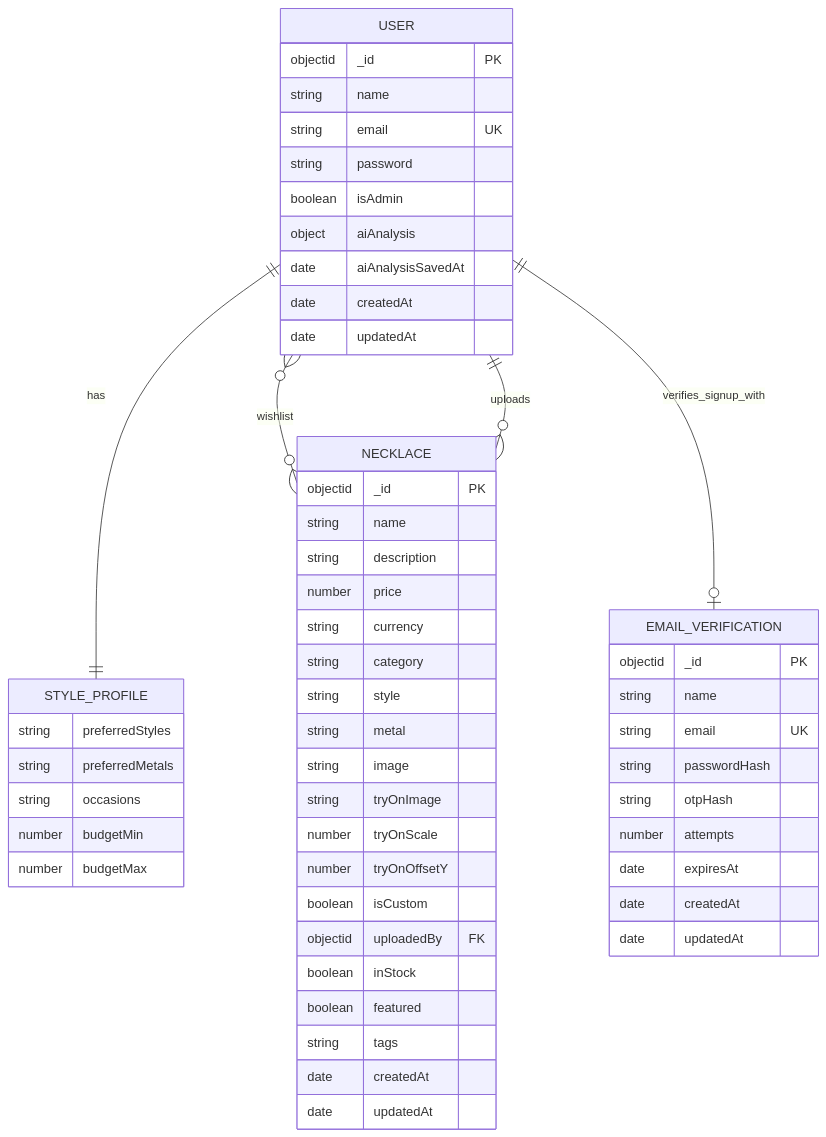
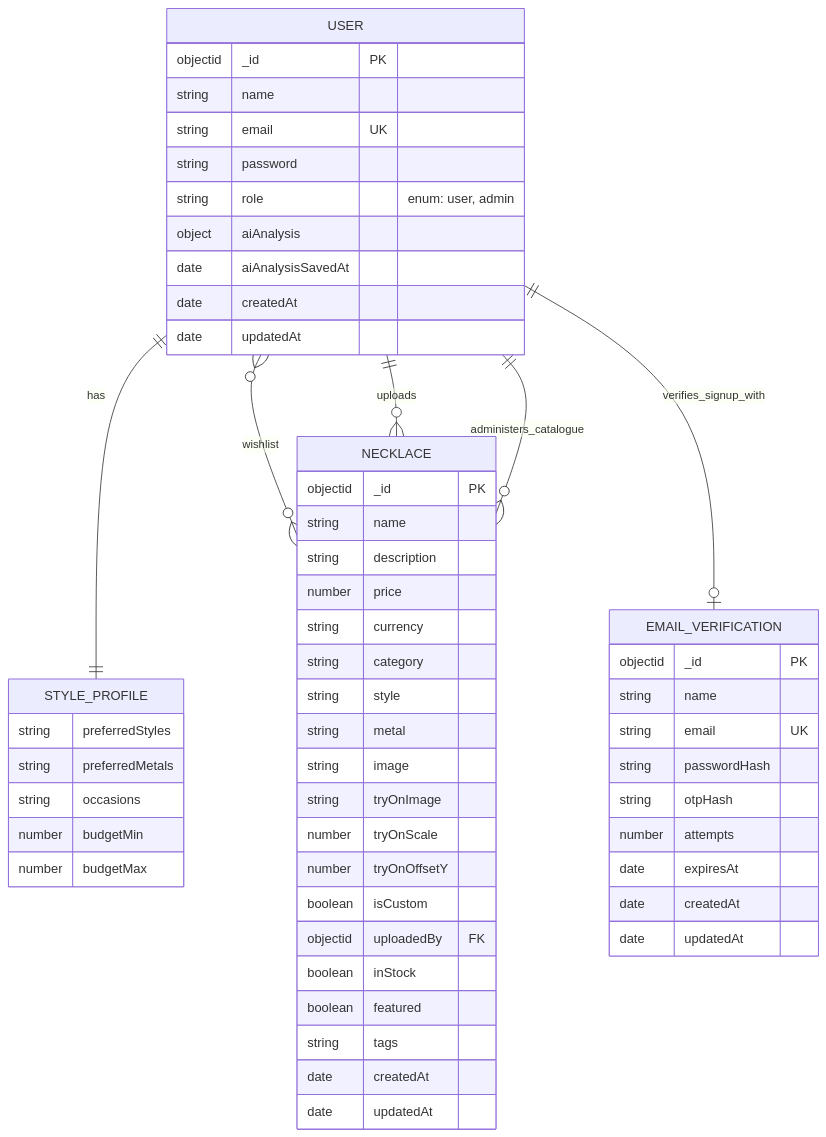
The second of 6 diagrams in docs/uml-diagrams.md (tiaoueiss/lumiere), drawn with Mermaid before and after one commit. The commit also changed other lines of this file and 14 other files, not shown here.

````diff
--- a/docs/uml-diagrams.md
+++ b/docs/uml-diagrams.md
@@ -51,61 +54,62 @@
 ```mermaid
 erDiagram
   USER {
     objectid _id PK
     string name
     string email UK
     string password
-    boolean isAdmin
+    string role "enum: user, admin"
     object aiAnalysis
     date aiAnalysisSavedAt
     date createdAt
     date updatedAt
   }
 
   STYLE_PROFILE {
     string preferredStyles
     string preferredMetals
     string occasions
     number budgetMin
     number budgetMax
   }
 
   NECKLACE {
     objectid _id PK
     string name
     string description
     number price
     string currency
     string category
     string style
     string metal
     string image
     string tryOnImage
     number tryOnScale
     number tryOnOffsetY
     boolean isCustom
     objectid uploadedBy FK
     boolean inStock
     boolean featured
     string tags
     date createdAt
     date updatedAt
   }
 
   EMAIL_VERIFICATION {
     objectid _id PK
     string name
     string email UK
     string passwordHash
     string otpHash
     number attempts
     date expiresAt
     date createdAt
     date updatedAt
   }
 
   USER ||--|| STYLE_PROFILE : has
   USER }o--o{ NECKLACE : wishlist
   USER ||--o{ NECKLACE : uploads
+  USER ||--o{ NECKLACE : administers_catalogue
   USER ||--o| EMAIL_VERIFICATION : verifies_signup_with
 ```
````
